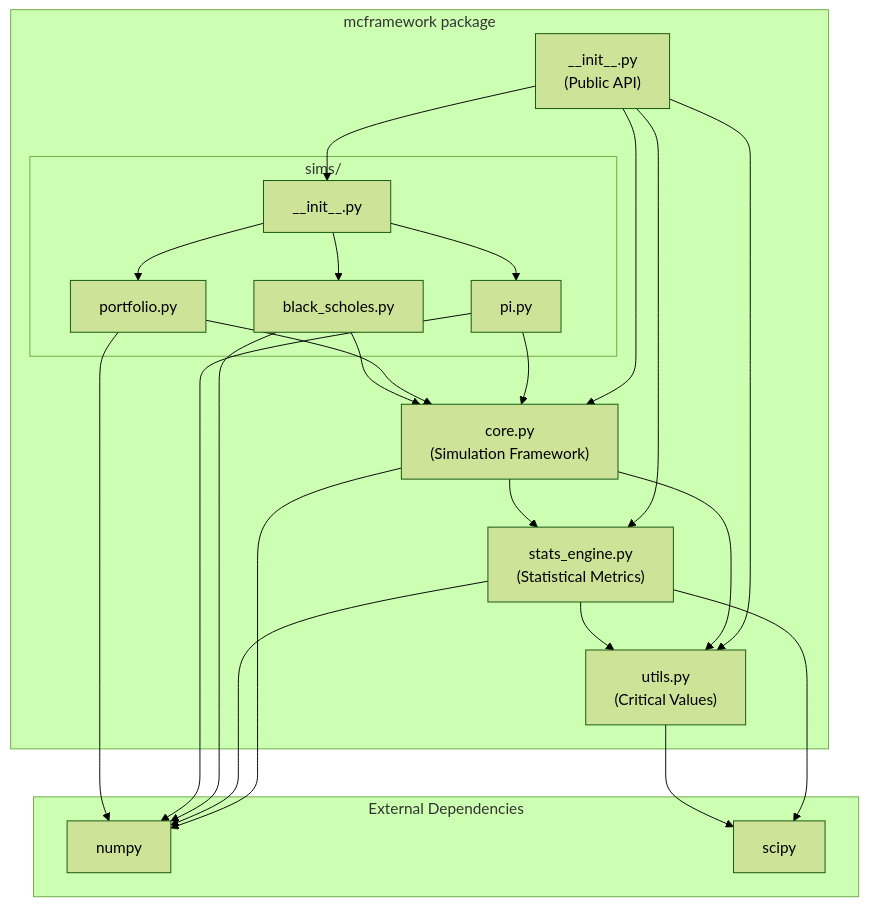
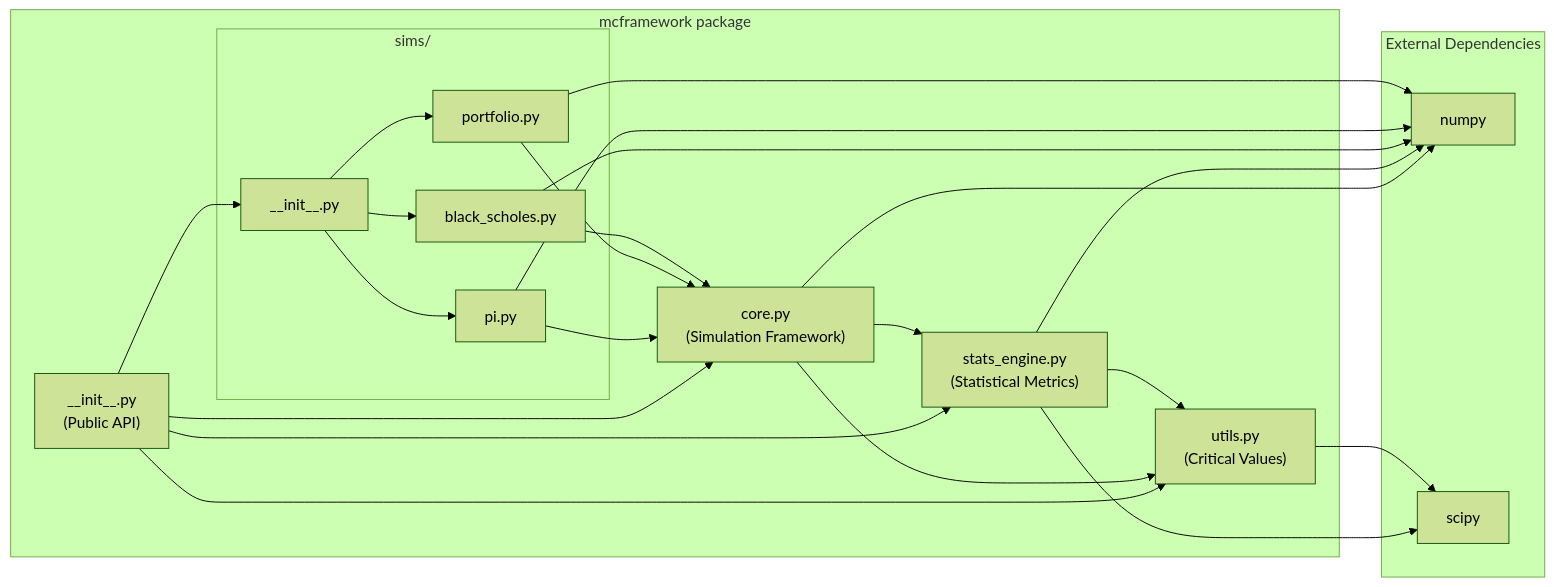
Before and after one commit to milanfusco/mcFramework: the second of 4 diagrams in docs/uml/mcframework_class_diagram.md, drawn with Mermaid (forest theme). The commit also changed other lines of this file, not shown here.

First line of the commit message:
Revise Monte Carlo framework class diagram

````diff
--- a/docs/uml/mcframework_class_diagram.md
+++ b/docs/uml/mcframework_class_diagram.md
@@ -214,46 +189,47 @@
 ```mermaid
-flowchart TB
+flowchart LR
+
     subgraph mcframework["mcframework package"]
         init["__init__.py<br/>(Public API)"]
         core["core.py<br/>(Simulation Framework)"]
         stats["stats_engine.py<br/>(Statistical Metrics)"]
         utils_mod["utils.py<br/>(Critical Values)"]
         
         subgraph sims["sims/"]
             sims_init["__init__.py"]
             pi["pi.py"]
             portfolio["portfolio.py"]
             bs["black_scholes.py"]
         end
     end
 
     subgraph external["External Dependencies"]
         numpy["numpy"]
         scipy["scipy"]
     end
 
     init --> core
     init --> sims_init
     init --> stats
     init --> utils_mod
     
     core --> stats
     core --> utils_mod
     stats --> utils_mod
     
     sims_init --> pi
     sims_init --> portfolio
     sims_init --> bs
     
     pi --> core
     portfolio --> core
     bs --> core
     
     core --> numpy
     stats --> numpy
     stats --> scipy
     utils_mod --> scipy
     bs --> numpy
     pi --> numpy
     portfolio --> numpy
 ```
````
